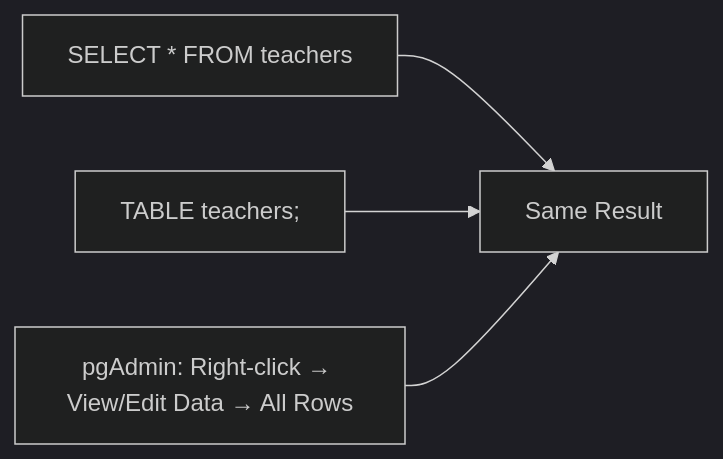
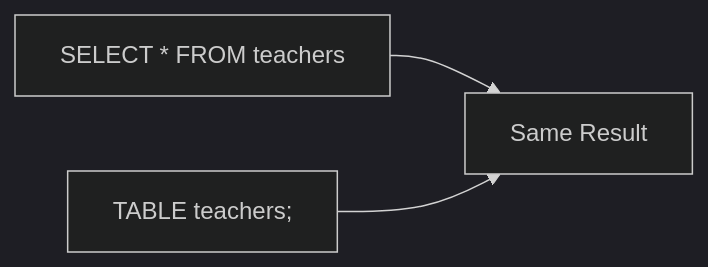
One commit to Furba2/Obsidian changed the first of 8 diagrams in Practical SQL/chap_3.md. Above: the diagram before and after it, drawn with Mermaid (dark theme). The commit also changed other lines of this file and 2 other files, not shown here.

````diff
--- a/Practical SQL/chap_3.md
+++ b/Practical SQL/chap_3.md
@@ -44,6 +12,5 @@
 ```mermaid
 flowchart LR
     A[SELECT * FROM teachers] --> D[Same Result]
     B[TABLE teachers;] --> D
-    C[pgAdmin: Right-click → View/Edit Data → All Rows] --> D
 ```
````
